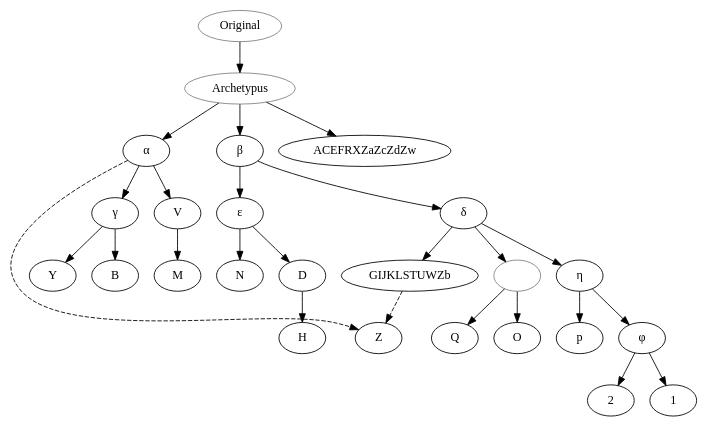
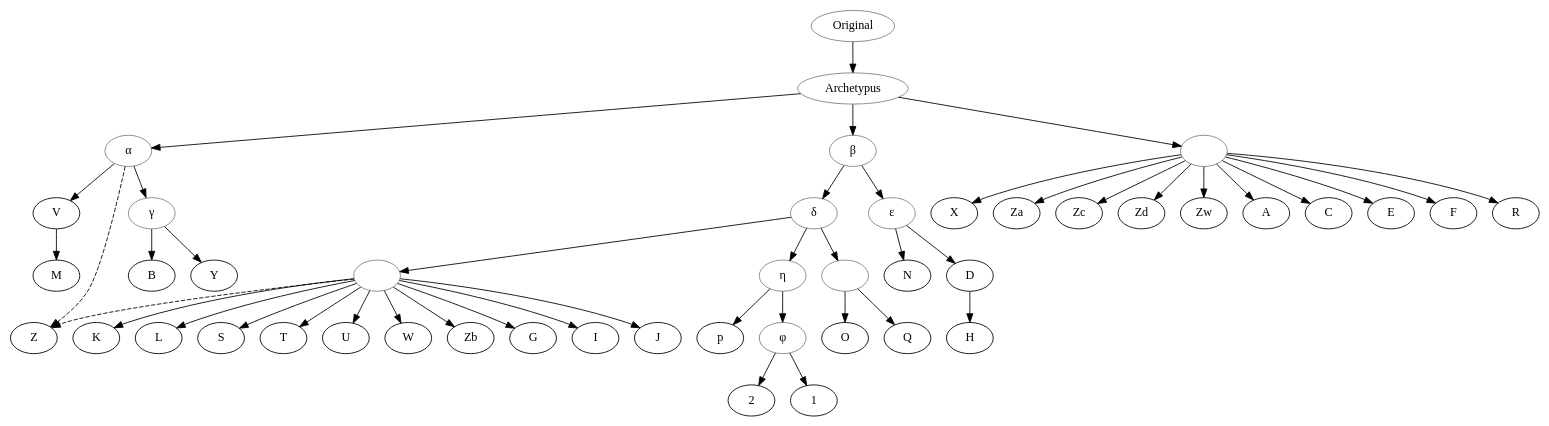
The diagram in data/gmh/Huebner_1964_Rennewart/stemma.gv (OpenStemmata/database), drawn with Graphviz before and after one commit.

Commit message:
rennewart

```diff
--- a/data/gmh/Huebner_1964_Rennewart/stemma.gv
+++ b/data/gmh/Huebner_1964_Rennewart/stemma.gv
@@ -1,44 +1,65 @@
 digraph {
     Original -> Archetypus
     Original[color="grey"]
     Archetypus[color="grey"]
 
     Archetypus -> LinieAlpha
-    LinieAlpha[label="α"]
+    LinieAlpha[label="α", color="grey"]
     
     LinieAlpha -> V
     V -> M
     LinieAlpha -> Z[style=dashed]
     LinieAlpha -> Gamma 
-    Gamma[label="γ"]
+    Gamma[label="γ", color="grey"]
     Gamma -> Ypsilon
     Ypsilon[label="Y"]
     Gamma -> B 
 
     Archetypus -> LinieBeta
-    LinieBeta[label="β"]
+    LinieBeta[label="β", color="grey"]
     LinieBeta -> Epsilon
-    Epsilon[label="ε"]
+    Epsilon[label="ε", color="grey"]
     Epsilon -> D
     D -> H 
     Epsilon -> N 
     LinieBeta -> Delta
-    Delta[label="δ"]
+    Delta[label="δ", color="grey"]
     Delta -> QO
     QO[label="", color="grey"]
     QO -> Q
     QO -> O 
     Delta -> GIJKLSTUWZb
+    GIJKLSTUWZb[label="", color="grey"]
     GIJKLSTUWZb -> Z[style=dashed]
+    GIJKLSTUWZb -> G 
+    GIJKLSTUWZb -> I
+    GIJKLSTUWZb -> J
+    GIJKLSTUWZb -> K # im Stemma.png großgeschrieben, warum? Bei Hübner nachsehen!
+    GIJKLSTUWZb -> L 
+    GIJKLSTUWZb -> S
+    GIJKLSTUWZb -> T
+    GIJKLSTUWZb -> U
+    GIJKLSTUWZb -> W
+    GIJKLSTUWZb -> Zb 
     Delta -> Eta
-    Eta[label="η"]
+    Eta[label="η", color="grey"]
     Eta -> Phi
-    Phi[label="φ"]
+    Phi[label="φ", color="grey"]
     Phi -> 2
     Phi -> 1 
     Eta -> p 
 
     Archetypus -> LinieGamma
-    LinieGamma[label="ACEFRXZaZcZdZw"]
+    LinieGamma[label="", color=grey]
+    LinieGamma -> A 
+    LinieGamma -> C 
+    LinieGamma -> E 
+    LinieGamma -> F
+    LinieGamma -> R
+    LinieGamma -> X
+    LinieGamma -> Za
+    LinieGamma -> Zc 
+    LinieGamma -> Zd 
+    LinieGamma -> Zw 
 
 }
```
